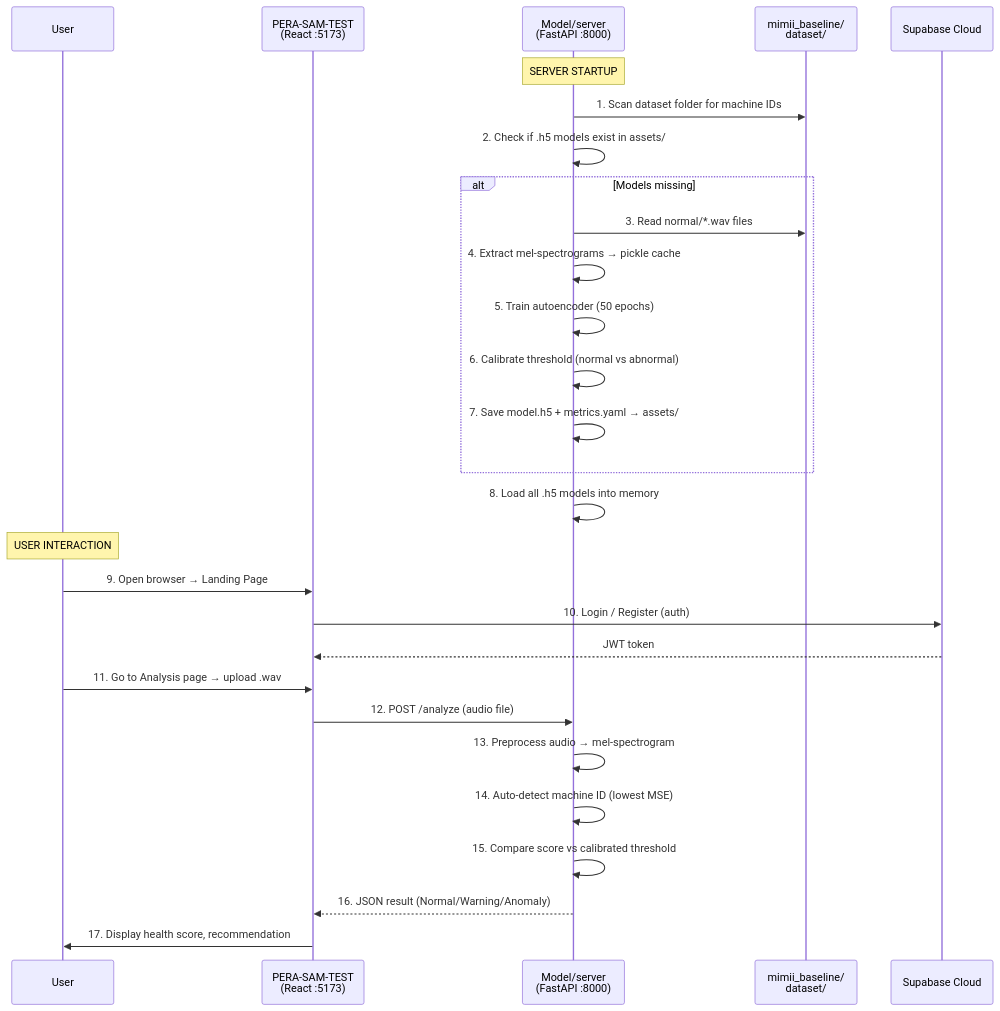
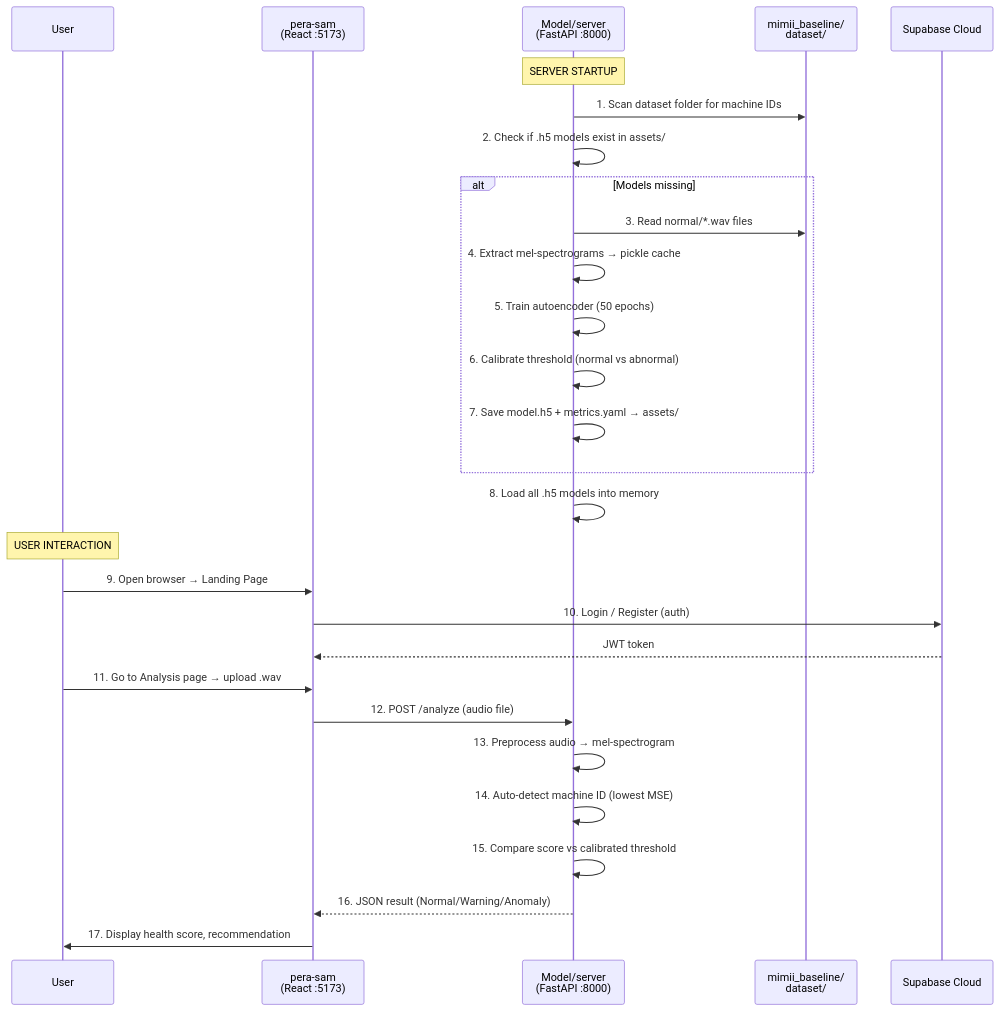
The second of 2 diagrams in README.md (zerokali20/e22-co2060-PERA-SAM), drawn with Mermaid before and after one commit. The commit also changed other lines of this file, not shown here.

Commit message:
Rename frontend directory from PERA-SAM-TEST to pera-sam

````diff
--- a/README.md
+++ b/README.md
@@ -48,32 +48,32 @@
 ```mermaid
 sequenceDiagram
     participant User
-    participant Frontend as PERA-SAM-TEST<br/>(React :5173)
+    participant Frontend as pera-sam<br/>(React :5173)
     participant Backend as Model/server<br/>(FastAPI :8000)
     participant Dataset as mimii_baseline/<br/>dataset/
     participant Supabase as Supabase Cloud
 
     Note over Backend: SERVER STARTUP
     Backend->>Dataset: 1. Scan dataset folder for machine IDs
     Backend->>Backend: 2. Check if .h5 models exist in assets/
     alt Models missing
         Backend->>Dataset: 3. Read normal/*.wav files
         Backend->>Backend: 4. Extract mel-spectrograms → pickle cache
         Backend->>Backend: 5. Train autoencoder (50 epochs)
         Backend->>Backend: 6. Calibrate threshold (normal vs abnormal)
         Backend->>Backend: 7. Save model.h5 + metrics.yaml → assets/
     end
     Backend->>Backend: 8. Load all .h5 models into memory
 
     Note over User: USER INTERACTION
     User->>Frontend: 9. Open browser → Landing Page
     Frontend->>Supabase: 10. Login / Register (auth)
     Supabase-->>Frontend: JWT token
     User->>Frontend: 11. Go to Analysis page → upload .wav
     Frontend->>Backend: 12. POST /analyze (audio file)
     Backend->>Backend: 13. Preprocess audio → mel-spectrogram
     Backend->>Backend: 14. Auto-detect machine ID (lowest MSE)
     Backend->>Backend: 15. Compare score vs calibrated threshold
     Backend-->>Frontend: 16. JSON result (Normal/Warning/Anomaly)
     Frontend->>User: 17. Display health score, recommendation
 ```
````
